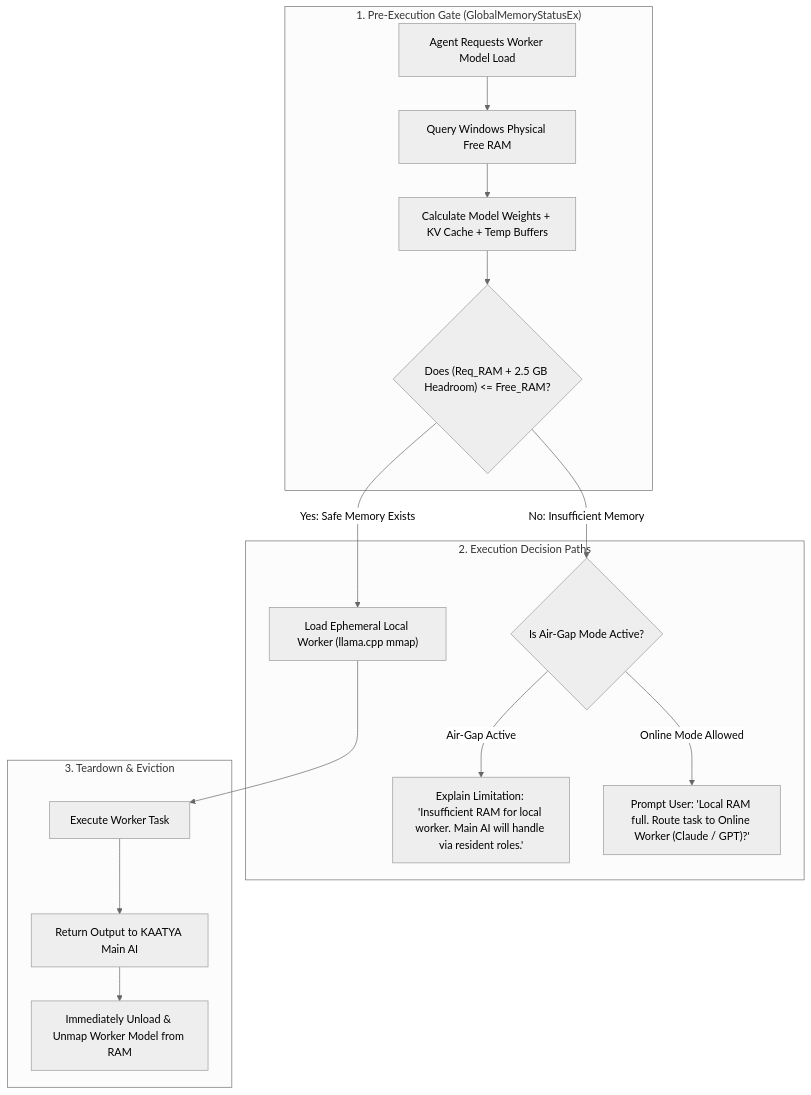
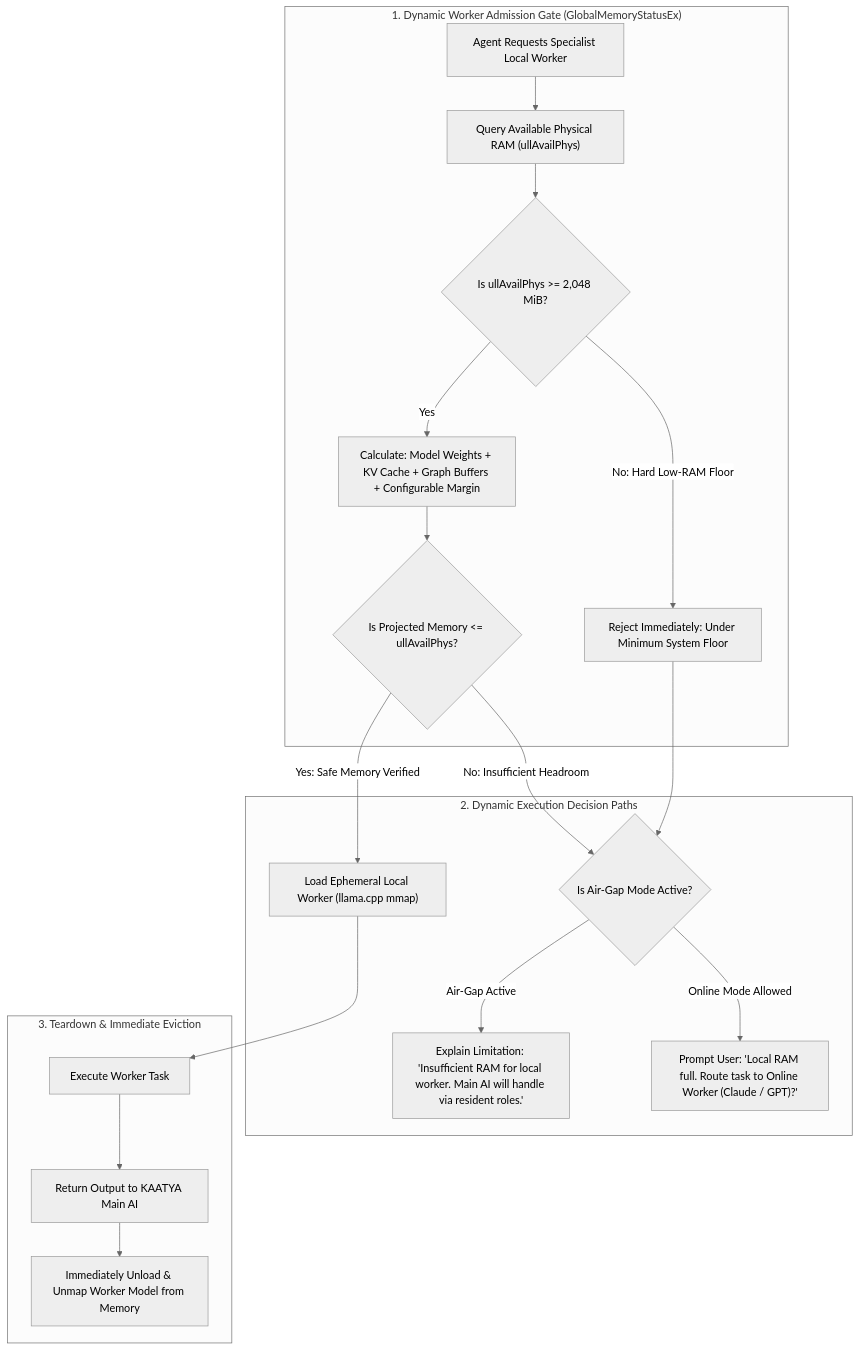
Before and after one commit to vishishthgaurlittle-byte/stitch-neural-command-audit: the diagram in KAATYA_LOCAL_RUNTIME_AND_MEMORY_POLICY.md, drawn with Mermaid (neutral theme). The commit also changed other lines of this file and 12 other files, not shown here.

Commit message:
docs: finalize KAATYA Phase 3 technical sign-off, dynamic worker admission, and repo consistency

````diff
--- a/KAATYA_LOCAL_RUNTIME_AND_MEMORY_POLICY.md
+++ b/KAATYA_LOCAL_RUNTIME_AND_MEMORY_POLICY.md
@@ -9,22 +9,25 @@
 ```mermaid
 flowchart TD
-    subgraph PreExecution_Check ["1. Pre-Execution Gate (GlobalMemoryStatusEx)"]
-        Task[Agent Requests Worker Model Load] --> QueryMem["Query Windows Physical Free RAM"]
-        QueryMem --> Calc["Calculate Model Weights + KV Cache + Temp Buffers"]
-        Calc --> CheckHeadroom{"Does (Req_RAM + 2.5 GB Headroom) <= Free_RAM?"}
+    subgraph PreExecution_Check ["1. Dynamic Worker Admission Gate (GlobalMemoryStatusEx)"]
+        Task[Agent Requests Specialist Local Worker] --> QueryMem["Query Available Physical RAM (ullAvailPhys)"]
+        QueryMem --> InitialGate{"Is ullAvailPhys >= 2,048 MiB?"}
+        InitialGate -->|No: Hard Low-RAM Floor| RejectEarly["Reject Immediately: Under Minimum System Floor"]
+        InitialGate -->|Yes| EstimateDemand["Calculate: Model Weights + KV Cache + Graph Buffers + Configurable Margin"]
+        EstimateDemand --> DynamicCheck{"Is Projected Memory <= ullAvailPhys?"}
     end
 
-    subgraph Decision_Paths ["2. Execution Decision Paths"]
-        CheckHeadroom -->|Yes: Safe Memory Exists| LoadWorker["Load Ephemeral Local Worker (llama.cpp mmap)"]
-        CheckHeadroom -->|No: Insufficient Memory| CheckAirGap{"Is Air-Gap Mode Active?"}
+    subgraph Decision_Paths ["2. Dynamic Execution Decision Paths"]
+        DynamicCheck -->|Yes: Safe Memory Verified| LoadWorker["Load Ephemeral Local Worker (llama.cpp mmap)"]
+        DynamicCheck -->|No: Insufficient Headroom| CheckAirGap{"Is Air-Gap Mode Active?"}
+        RejectEarly --> CheckAirGap
         
         CheckAirGap -->|Air-Gap Active| RejectLocal["Explain Limitation: 'Insufficient RAM for local worker. Main AI will handle via resident roles.'"]
         CheckAirGap -->|Online Mode Allowed| OfferOnline["Prompt User: 'Local RAM full. Route task to Online Worker (Claude / GPT)?'"]
     end
 
-    subgraph PostExecution ["3. Teardown & Eviction"]
+    subgraph PostExecution ["3. Teardown & Immediate Eviction"]
         LoadWorker --> RunSubtask[Execute Worker Task]
         RunSubtask --> ReturnToKAATYA[Return Output to KAATYA Main AI]
-        ReturnToKAATYA --> EvictWorker["Immediately Unload & Unmap Worker Model from RAM"]
+        ReturnToKAATYA --> EvictWorker["Immediately Unload & Unmap Worker Model from Memory"]
     end
 ```
````
